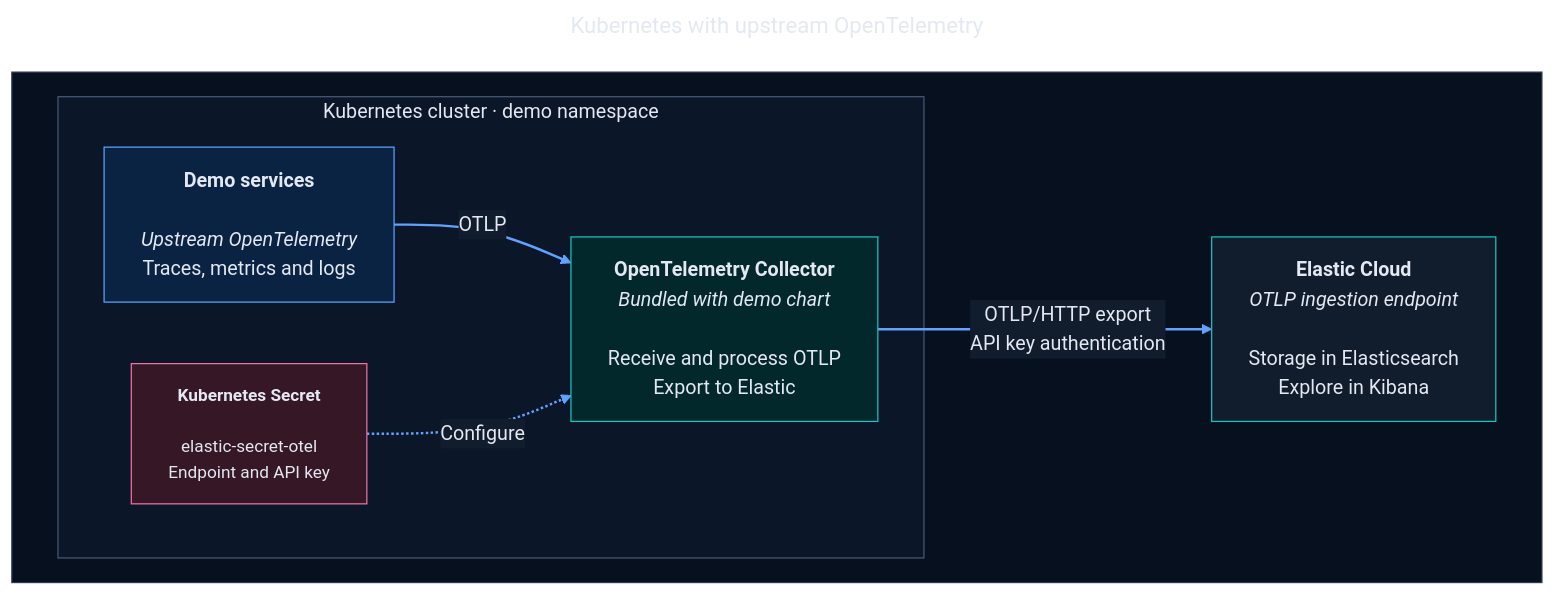
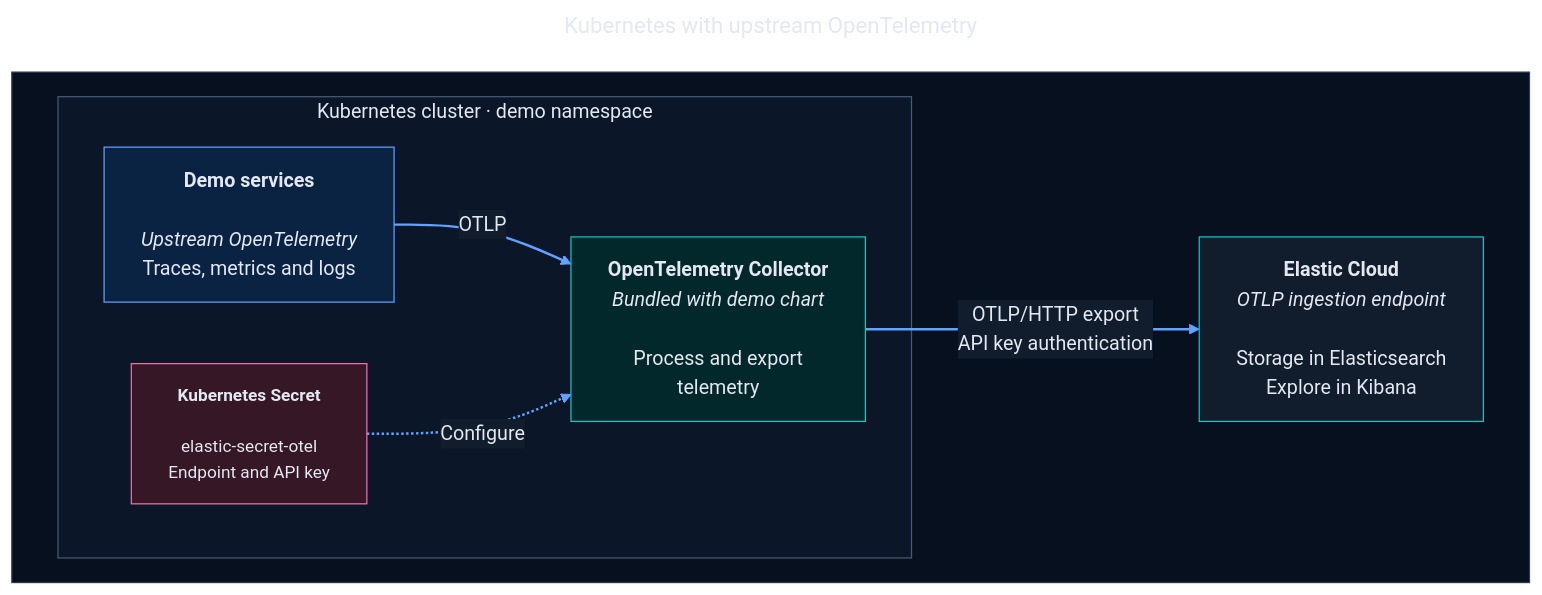
One commit to osullivandonal/opentelemetry-demo changed the fourth of 5 diagrams in .github/README.md. Above: the diagram before and after it, drawn with Mermaid. The commit also changed other lines of this file and 5 other files, not shown here.

Commit message:
docs: refresh Elastic demo screenshots and guidance

````diff
--- a/.github/README.md
+++ b/.github/README.md
@@ -313,32 +317,32 @@
 ```mermaid
 ---
 title: Kubernetes with upstream OpenTelemetry
 ---
 %%{init: {"theme": "base", "flowchart": {"htmlLabels": true, "titleTopMargin": 24}, "markdownAutoWrap": false, "themeVariables": {"darkMode": true, "fontSize": "16px", "background": "#07101F", "primaryColor": "#0A2342", "primaryTextColor": "#E3E8F2", "primaryBorderColor": "#61A2FF", "lineColor": "#61A2FF", "textColor": "#E3E8F2", "edgeLabelBackground": "#111C2C", "clusterBkg": "#0B1628", "clusterBorder": "#485975"}}}%%
 flowchart LR
     subgraph ARCH[" "]
         direction LR
         subgraph K8S["Kubernetes cluster · demo namespace"]
             APP["<b>Demo services</b><br/><br/><i>Upstream OpenTelemetry</i><br/>Traces, metrics and logs"]
-            COLLECTOR["<b>OpenTelemetry Collector</b><br/><i>Bundled with demo chart</i><br/><br/>Receive and process OTLP<br/>Export to Elastic"]
+            COLLECTOR["<b>OpenTelemetry Collector</b><br/><i>Bundled with demo chart</i><br/><br/>Process and export<br/>telemetry"]
             SECRET["<b>Kubernetes Secret</b><br/><br/>elastic-secret-otel<br/>Endpoint and API key"]
             APP -->|OTLP| COLLECTOR
             SECRET -.->|Configure| COLLECTOR
         end
         CLOUD["<b>Elastic Cloud</b><br/><i>OTLP ingestion endpoint</i><br/><br/>Storage in Elasticsearch<br/>Explore in Kibana"]
         COLLECTOR -->|"OTLP/HTTP export<br/>API key authentication"| CLOUD
     end
 
     class APP application
     class COLLECTOR agent
     class SECRET source
     class CLOUD backend
     style K8S fill:#0B1628,stroke:#485975,color:#E3E8F2
     classDef application fill:#0A2342,stroke:#61A2FF,color:#E3E8F2,font-size:16px
     classDef agent fill:#03282B,stroke:#16C5C0,color:#E3E8F2,font-size:16px
     classDef source fill:#351725,stroke:#EE72A6,color:#E3E8F2,font-size:14px
     classDef backend fill:#111C2C,stroke:#16C5C0,color:#E3E8F2,font-size:16px
 
     style ARCH fill:#07101F,stroke:#2B394F,color:#E3E8F2
     linkStyle default stroke:#61A2FF,stroke-width:2px
 ```
````
